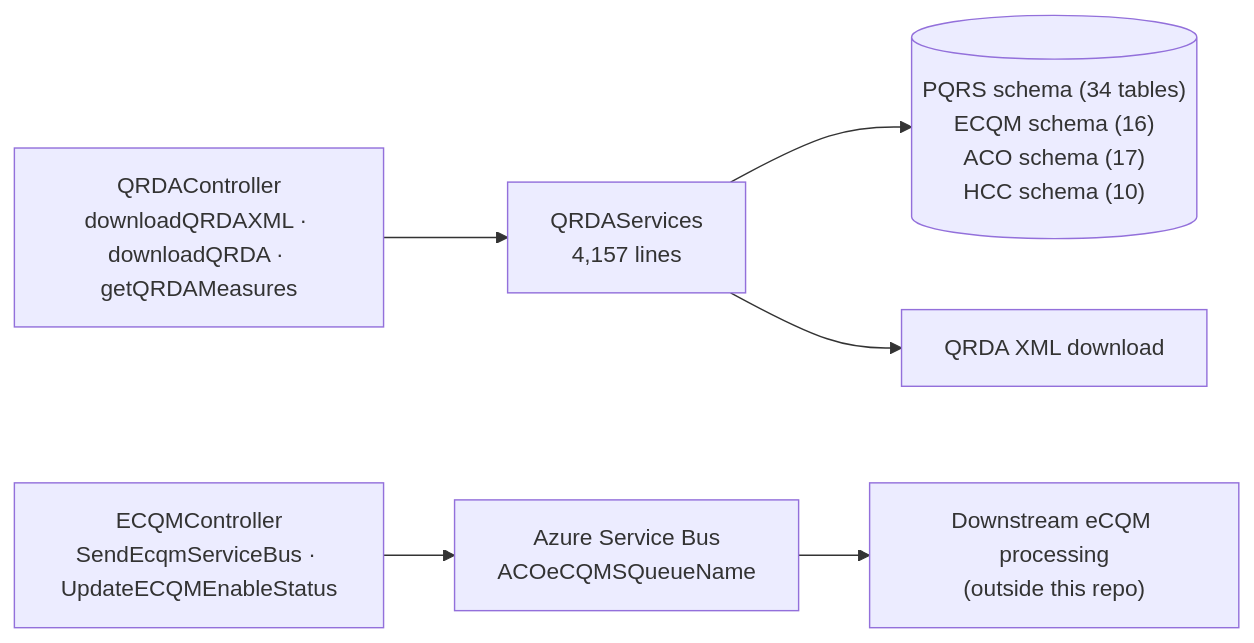
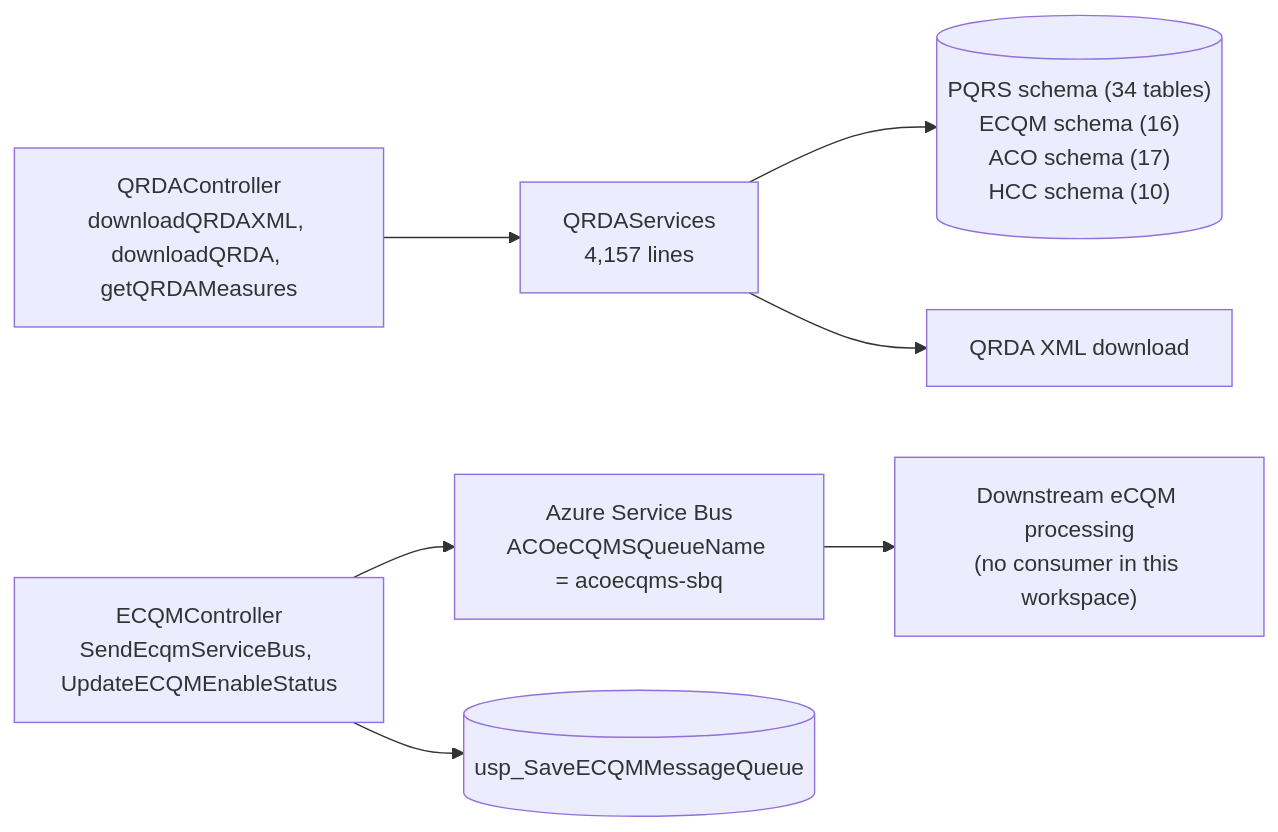
The third of 5 diagrams in docs/architecture-diagrams/05-interoperability-fhir-ccda-qrda-deep-dive-diagrams.md (hemsingh-3PG/sai-systems-AIRE), drawn with Mermaid before and after one commit. The commit also changed other lines of this file and 285 other files, not shown here.

````diff
--- a/docs/architecture-diagrams/05-interoperability-fhir-ccda-qrda-deep-dive-diagrams.md
+++ b/docs/architecture-diagrams/05-interoperability-fhir-ccda-qrda-deep-dive-diagrams.md
@@ -87,8 +67,9 @@
 ```mermaid
 flowchart LR
-  A["QRDAController<br/>downloadQRDAXML · downloadQRDA · getQRDAMeasures"] --> B["QRDAServices<br/>4,157 lines"]
+  A["QRDAController<br/>downloadQRDAXML, downloadQRDA, getQRDAMeasures"] --> B["QRDAServices<br/>4,157 lines"]
   B --> C[("PQRS schema (34 tables)<br/>ECQM schema (16)<br/>ACO schema (17)<br/>HCC schema (10)")]
-  D["ECQMController<br/>SendEcqmServiceBus · UpdateECQMEnableStatus"] --> E["Azure Service Bus<br/>ACOeCQMSQueueName"]
-  E --> F["Downstream eCQM processing<br/>(outside this repo)"]
+  D["ECQMController<br/>SendEcqmServiceBus, UpdateECQMEnableStatus"] --> E["Azure Service Bus<br/>ACOeCQMSQueueName = acoecqms-sbq"]
+  D --> H[("usp_SaveECQMMessageQueue")]
+  E --> F["Downstream eCQM processing<br/>(no consumer in this workspace)"]
   B --> G["QRDA XML download"]
 ```
````
